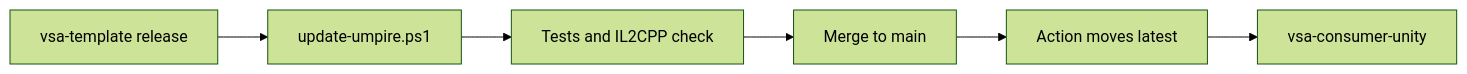
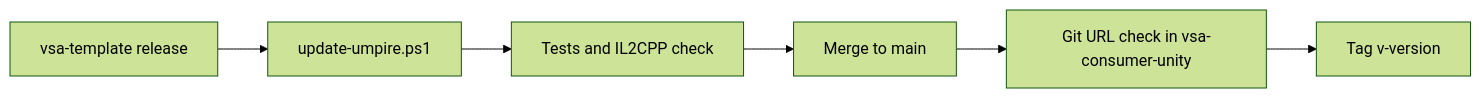
The diagram in README.md (MgCohen/vsa-unity), drawn with Mermaid (forest theme) before and after one commit. The commit also changed other lines of this file and 145 other files, not shown here.

First line of the commit message:
Rename the package to com.umpire.unity, version 0.1.0-preview.27

````diff
--- a/README.md
+++ b/README.md
@@ -41,8 +41,8 @@
 ```mermaid
 flowchart LR
     T[vsa-template release] --> S[update-umpire.ps1]
     S --> C[Tests and IL2CPP check]
     C --> M[Merge to main]
-    M --> L[Action moves latest]
-    L --> U[vsa-consumer-unity]
+    M --> G[Git URL check in vsa-consumer-unity]
+    G --> V[Tag v-version]
 ```
````
